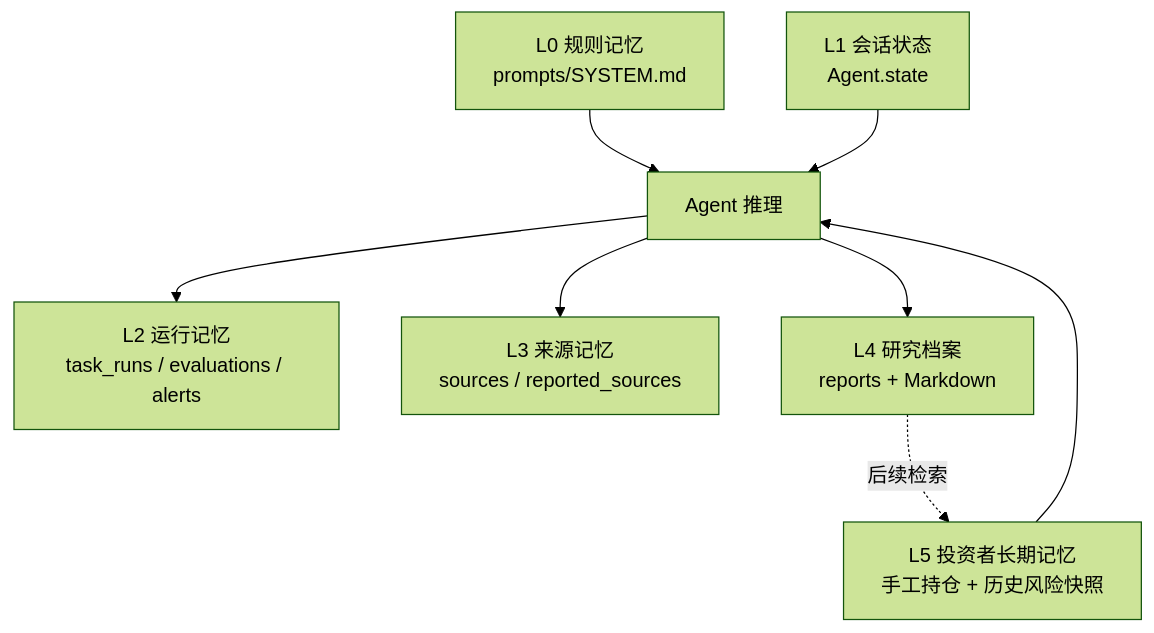
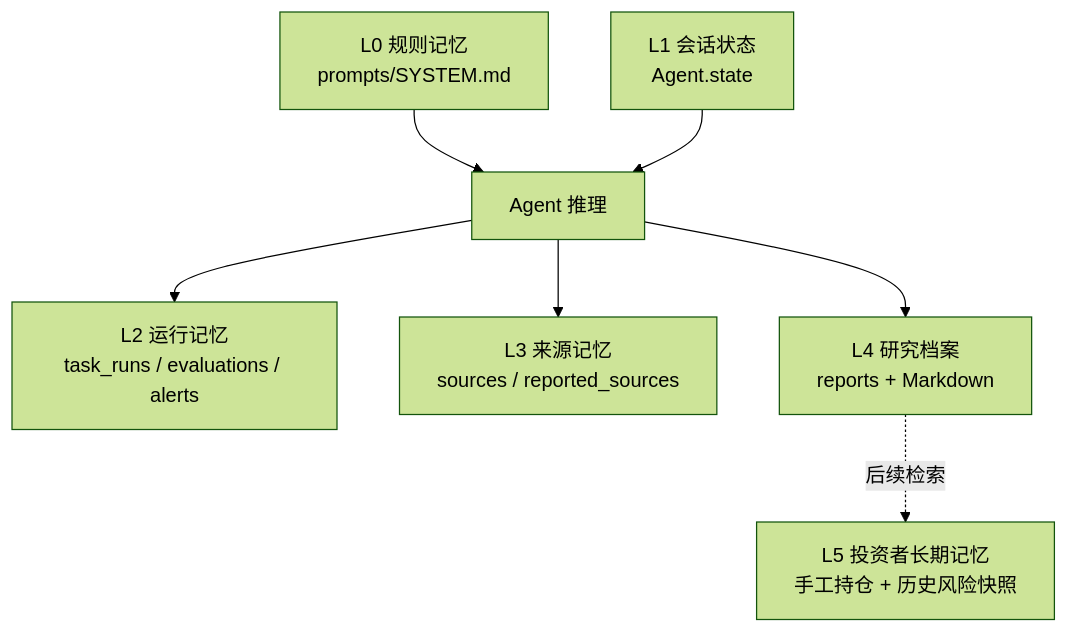
Before and after one commit to fishisnow/livermore: the fourth of 5 diagrams in docs/ARCHITECTURE.md, drawn with Mermaid (forest theme). The commit also changed other lines of this file and 161 other files, not shown here.

````diff
--- a/docs/ARCHITECTURE.md
+++ b/docs/ARCHITECTURE.md
@@ -116,16 +128,15 @@
 ```mermaid
 flowchart TB
     L0["L0 规则记忆\nprompts/SYSTEM.md"]
     L1["L1 会话状态\nAgent.state"]
     L2["L2 运行记忆\ntask_runs / evaluations / alerts"]
     L3["L3 来源记忆\nsources / reported_sources"]
     L4["L4 研究档案\nreports + Markdown"]
     L5["L5 投资者长期记忆\n手工持仓 + 历史风险快照"]
     L0 --> Agent["Agent 推理"]
     L1 --> Agent
     Agent --> L2
     Agent --> L3
     Agent --> L4
-    L5 --> Agent
     L4 -. 后续检索 .-> L5
 ```
````
